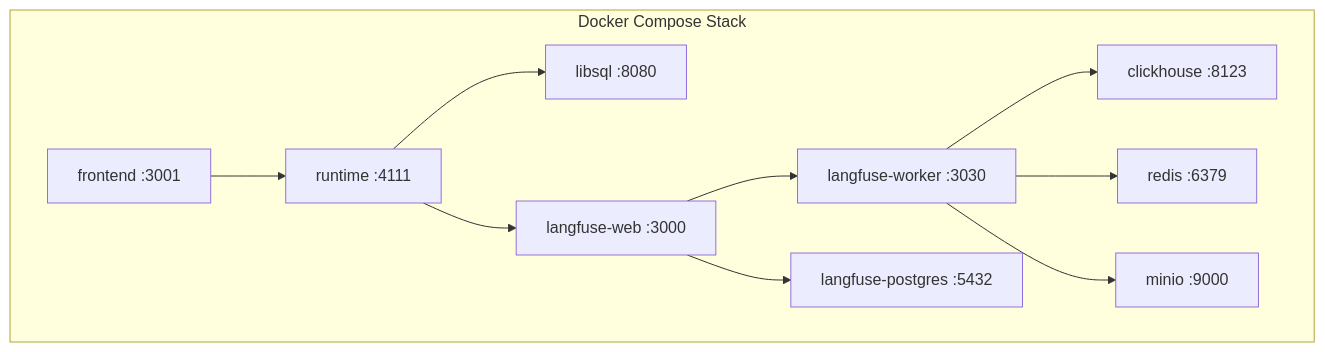
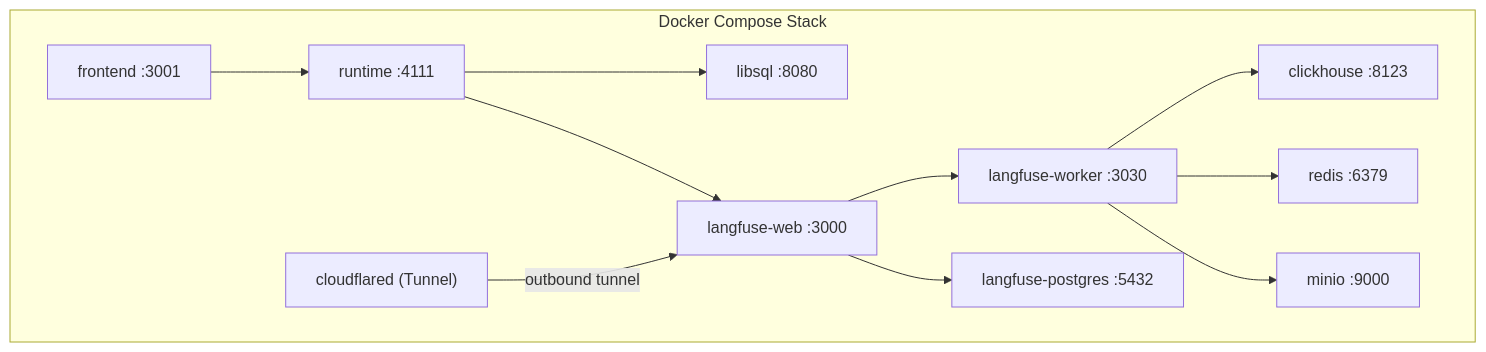
The first of 2 diagrams in SCALING.md (Agentic-Engineering-Agency/triage), drawn with Mermaid before and after one commit. The commit also changed other lines of this file and 57 other files, not shown here.

````diff
--- a/SCALING.md
+++ b/SCALING.md
@@ -9,22 +23,24 @@
 ```mermaid
 graph TD
     subgraph DockerCompose["Docker Compose Stack"]
         frontend["frontend :3001"]
         runtime["runtime :4111"]
         libsql["libsql :8080"]
         langfuse-web["langfuse-web :3000"]
         langfuse-worker["langfuse-worker :3030"]
         clickhouse["clickhouse :8123"]
         redis["redis :6379"]
         minio["minio :9000"]
         langfuse-postgres["langfuse-postgres :5432"]
+        cloudflared["cloudflared (Tunnel)"]
     end
     frontend --> runtime
     runtime --> libsql
     runtime --> langfuse-web
     langfuse-web --> langfuse-worker
     langfuse-worker --> clickhouse
     langfuse-worker --> redis
     langfuse-worker --> minio
     langfuse-web --> langfuse-postgres
+    cloudflared -->|outbound tunnel| langfuse-web
 ```
````
